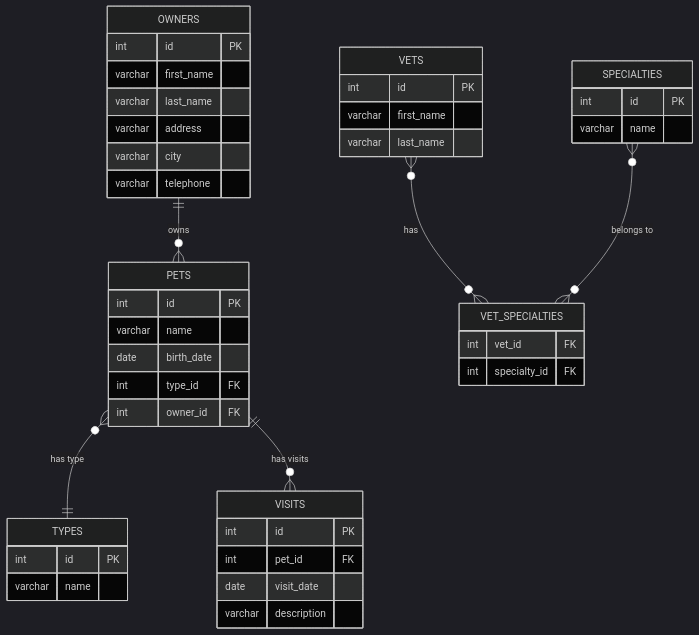
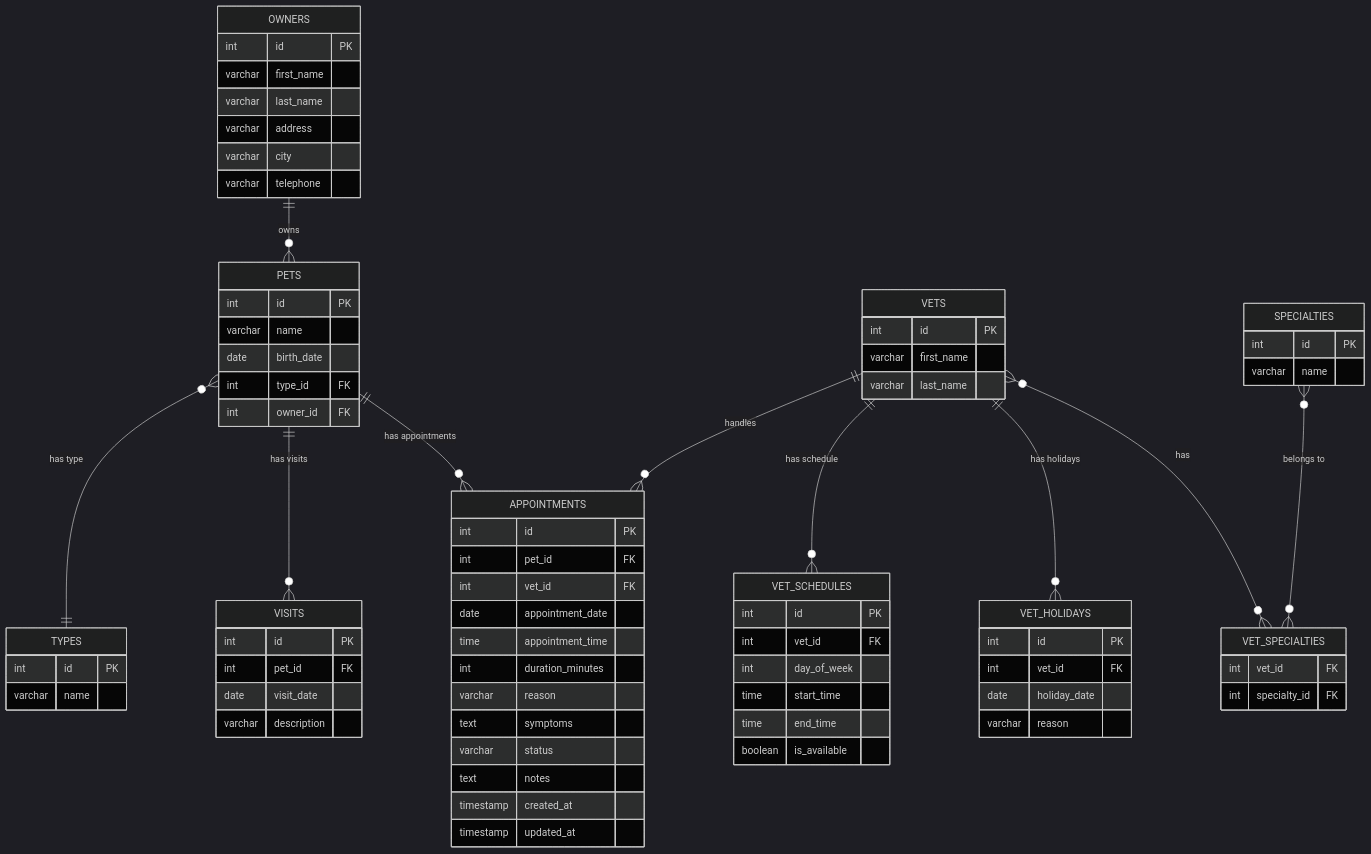
The first of 9 diagrams in spring-petclinic-analysis.md (Acme-finance-demo/spring-petclinic-cursor), drawn with Mermaid (dark theme) before and after one commit. The commit also changed other lines of this file, not shown here.

First line of the commit message:
Update design document with appointment booking feature requirements

````diff
--- a/spring-petclinic-analysis.md
+++ b/spring-petclinic-analysis.md
@@ -145,9 +191,44 @@
         int specialty_id FK
     }
     
+    APPOINTMENTS {
+        int id PK
+        int pet_id FK
+        int vet_id FK
+        date appointment_date
+        time appointment_time
+        int duration_minutes
+        varchar reason
+        text symptoms
+        varchar status
+        text notes
+        timestamp created_at
+        timestamp updated_at
+    }
+    
+    VET_SCHEDULES {
+        int id PK
+        int vet_id FK
+        int day_of_week
+        time start_time
+        time end_time
+        boolean is_available
+    }
+    
+    VET_HOLIDAYS {
+        int id PK
+        int vet_id FK
+        date holiday_date
+        varchar reason
+    }
+    
     OWNERS ||--o{ PETS : owns
     PETS }o--|| TYPES : "has type"
     PETS ||--o{ VISITS : "has visits"
+    PETS ||--o{ APPOINTMENTS : "has appointments"
+    VETS ||--o{ APPOINTMENTS : "handles"
+    VETS ||--o{ VET_SCHEDULES : "has schedule"
+    VETS ||--o{ VET_HOLIDAYS : "has holidays"
     VETS }o--o{ VET_SPECIALTIES : "has"
     SPECIALTIES }o--o{ VET_SPECIALTIES : "belongs to"
 ```
````
